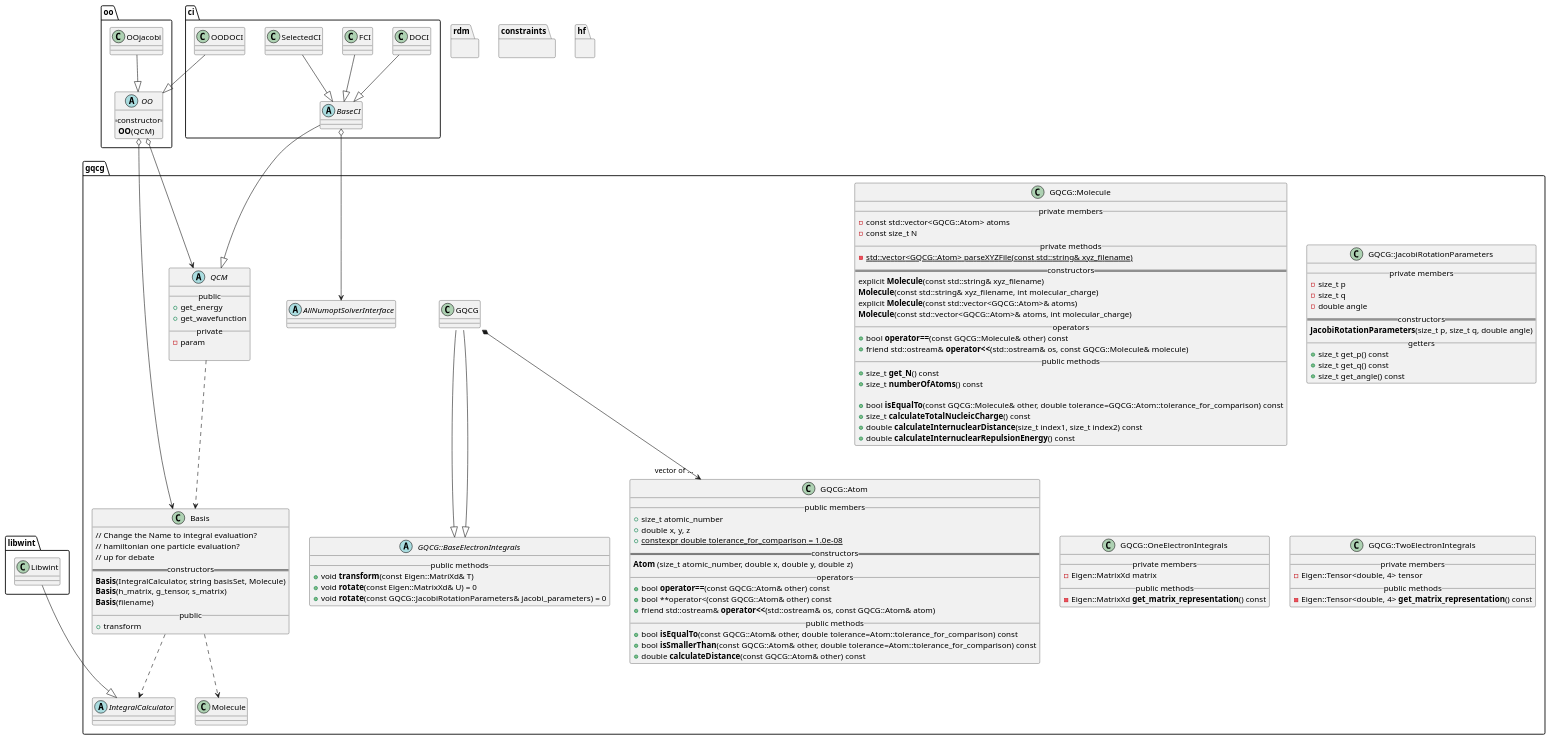
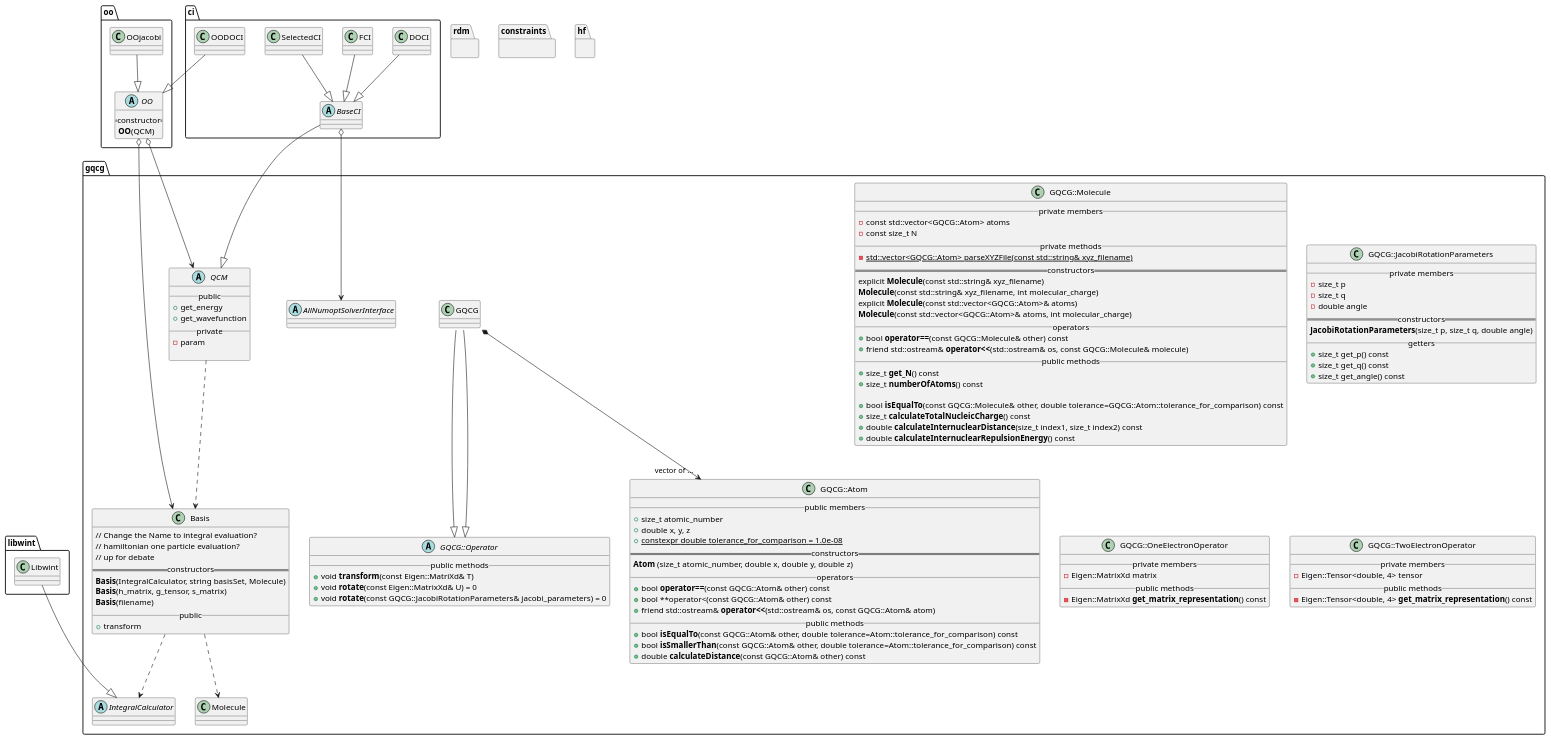
Before and after one commit to GQCG/GQCP: the diagram in docs/gqcg.puml, drawn with PlantUML.

Commit message:
Update UML with names.

```diff
--- a/docs/gqcg.puml
+++ b/docs/gqcg.puml
@@ -1,163 +1,163 @@
 @startuml
 
 namespace gqcg {
 
     class GQCG::Atom {
         __ public members __
             + size_t atomic_number
             + double x, y, z
             + {static} constexpr double tolerance_for_comparison = 1.0e-08
         == constructors ==
             **Atom** (size_t atomic_number, double x, double y, double z)
         __ operators __
             + bool **operator==**(const GQCG::Atom& other) const
             + bool **operator<(const GQCG::Atom& other) const
             + friend std::ostream& **operator<<**(std::ostream& os, const GQCG::Atom& atom)
         __ public methods __
             + bool **isEqualTo**(const GQCG::Atom& other, double tolerance=Atom::tolerance_for_comparison) const
             + bool **isSmallerThan**(const GQCG::Atom& other, double tolerance=Atom::tolerance_for_comparison) const
             + double **calculateDistance**(const GQCG::Atom& other) const
     }
 
     GQCG::Molecule *--> "vector of ..." GQCG::Atom
     class GQCG::Molecule {
         __ private members __
             - const std::vector<GQCG::Atom> atoms
             - const size_t N
         __ private methods __
             - {static} std::vector<GQCG::Atom> parseXYZFile(const std::string& xyz_filename)
         == constructors ==
             explicit **Molecule**(const std::string& xyz_filename)
             **Molecule**(const std::string& xyz_filename, int molecular_charge)
             explicit **Molecule**(const std::vector<GQCG::Atom>& atoms)
             **Molecule**(const std::vector<GQCG::Atom>& atoms, int molecular_charge)
         __ operators __
             + bool **operator==**(const GQCG::Molecule& other) const
             + friend std::ostream& **operator<<**(std::ostream& os, const GQCG::Molecule& molecule)
         __ public methods __
             + size_t **get_N**() const
             + size_t **numberOfAtoms**() const
 
             + bool **isEqualTo**(const GQCG::Molecule& other, double tolerance=GQCG::Atom::tolerance_for_comparison) const
             + size_t **calculateTotalNucleicCharge**() const
             + double **calculateInternuclearDistance**(size_t index1, size_t index2) const
             + double **calculateInternuclearRepulsionEnergy**() const
     }
 
 
     class GQCG::JacobiRotationParameters {
         __ private members __
             - size_t p
             - size_t q
             - double angle
         == constructors ==
             **JacobiRotationParameters**(size_t p, size_t q, double angle)
         __ getters __
             + size_t get_p() const
             + size_t get_q() const
             + size_t get_angle() const
     }
 
-    abstract class GQCG::BaseElectronIntegrals {
+    abstract class GQCG::Operator {
         __ public methods __
             + void **transform**(const Eigen::MatriXd& T)
             + void **rotate**(const Eigen::MatrixXd& U) = 0
             + void **rotate**(const GQCG::JacobiRotationParameters& jacobi_parameters) = 0
     }
 
-    GQCG::OneElectronIntegrals --|> GQCG::BaseElectronIntegrals
-    class GQCG::OneElectronIntegrals {
+    GQCG::OneElectronOperator --|> GQCG::Operator
+    class GQCG::OneElectronOperator {
         __ private members __
             - Eigen::MatrixXd matrix
         __ public methods __
             - Eigen::MatrixXd **get_matrix_representation**() const
     }
 
-    GQCG::TwoElectronIntegrals --|> GQCG::BaseElectronIntegrals
-    class GQCG::TwoElectronIntegrals {
+    GQCG::TwoElectronOperator --|> GQCG::Operator
+    class GQCG::TwoElectronOperator {
         __ private members __
             - Eigen::Tensor<double, 4> tensor
         __ public methods __
             - Eigen::Tensor<double, 4> **get_matrix_representation**() const
     }
 
 
     abstract class IntegralCalculator
     class Basis {
         // Change the Name to integral evaluation?
         // hamiltonian one particle evaluation?
         // up for debate
         == constructors ==
            **Basis**(IntegralCalculator, string basisSet, Molecule)
            **Basis**(h_matrix, g_tensor, s_matrix)
            **Basis**(filename)
         __public__
            +transform
    }
 
     abstract class QCM {
         __public__
         +get_energy
         +get_wavefunction
         __private__
         -param
 
     }
 
     abstract AllNumoptSolverInterface
 
     gqcg.Basis ..> gqcg.IntegralCalculator
     gqcg.Basis ..> gqcg.Molecule
 
     gqcg.QCM ..> gqcg.Basis
 
 
 
 }
 
 namespace libwint {
     class Libwint
 }
 
 libwint.Libwint --|> gqcg.IntegralCalculator
 
 namespace oo {
     abstract class OO {
         ==constructor==
          **OO**(QCM)
     }
     class OOjacobi {
 
     }
 }
 
 
 oo.OO o--> gqcg.QCM
 oo.OO o--> gqcg.Basis
 oo.OOjacobi --|> oo.OO
 
 namespace ci {
     abstract class BaseCI
     class DOCI
     class FCI
     class OODOCI
     class SelectedCI
 }
 
 ci.BaseCI --|> gqcg.QCM
 ci.OODOCI --|> oo.OO
 ci.DOCI --|> ci.BaseCI
 ci.FCI --|> ci.BaseCI
 ci.SelectedCI --|> ci.BaseCI
 ci.BaseCI o--> gqcg.AllNumoptSolverInterface
 
 namespace rdm {
 }
 namespace constraints {
 }
 
 namespace hf {
 }
 
 
 @enduml
```
